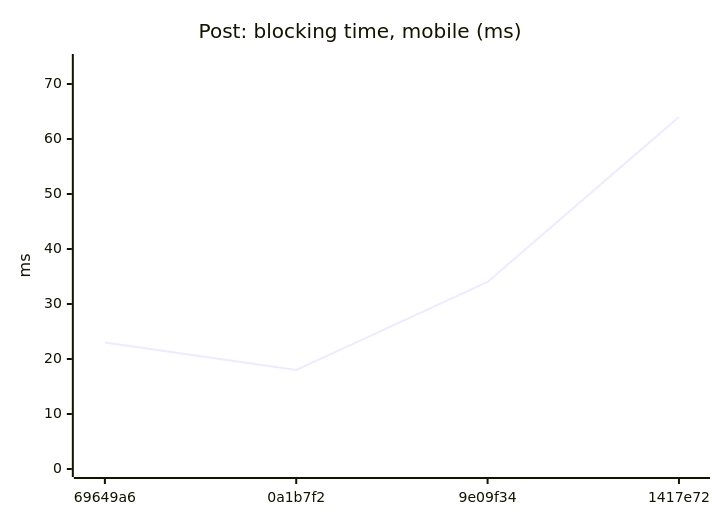
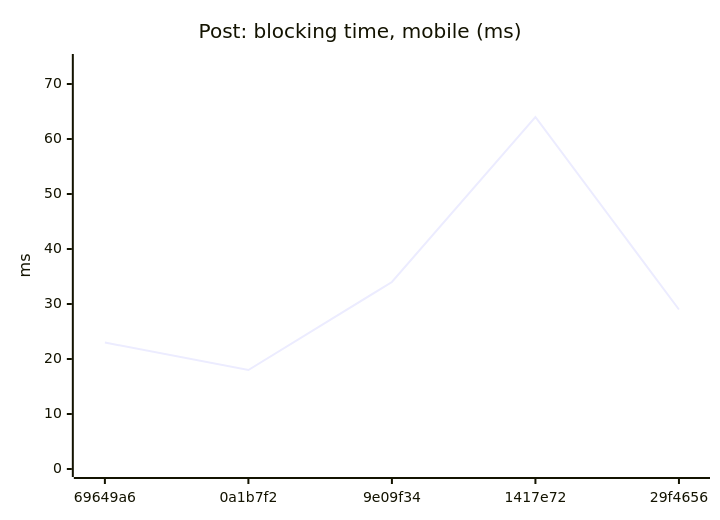
Diagram 12 of 18 in README.md (AxelUser/maltsev.space), drawn with Mermaid before and after one commit. The commit also changed other lines of this file and 1 other file, not shown here.

````diff
--- a/README.md
+++ b/README.md
@@ -133,7 +133,7 @@
 ```mermaid
 xychart-beta
   title "Post: blocking time, mobile (ms)"
-  x-axis ["69649a6", "0a1b7f2", "9e09f34", "1417e72"]
+  x-axis ["69649a6", "0a1b7f2", "9e09f34", "1417e72", "29f4656"]
   y-axis "ms" 0 --> 74
-  line [23, 18, 34, 64]
+  line [23, 18, 34, 64, 29]
 ```
````
